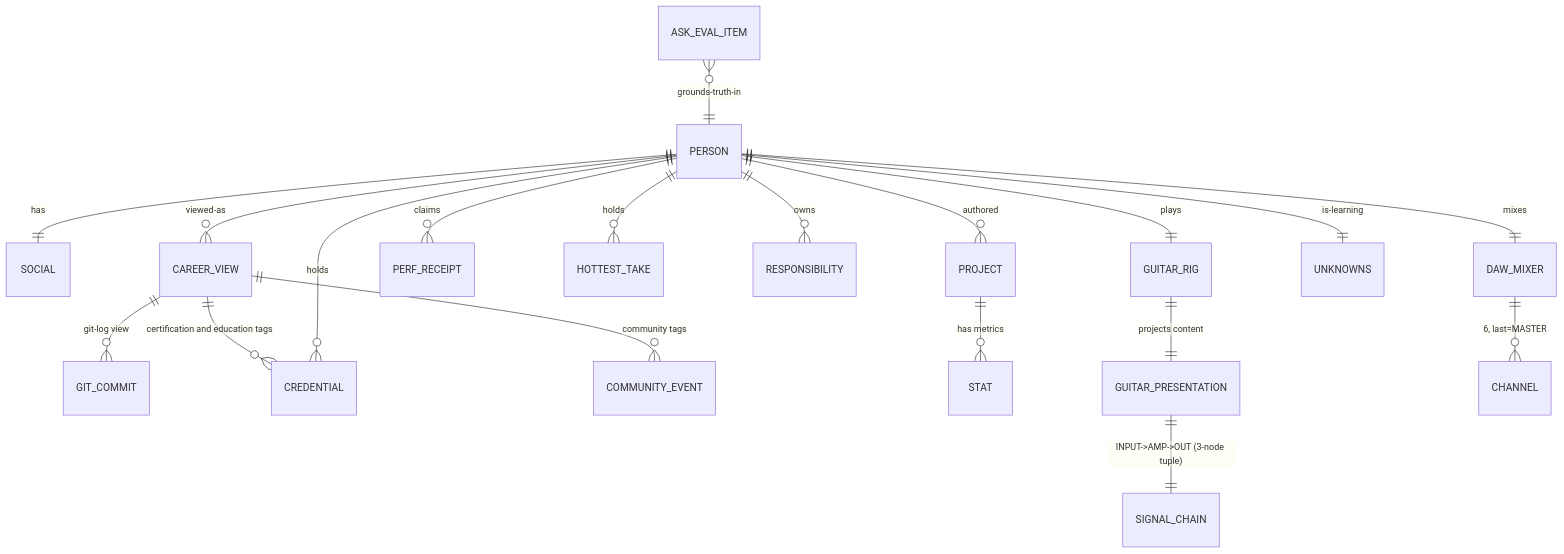
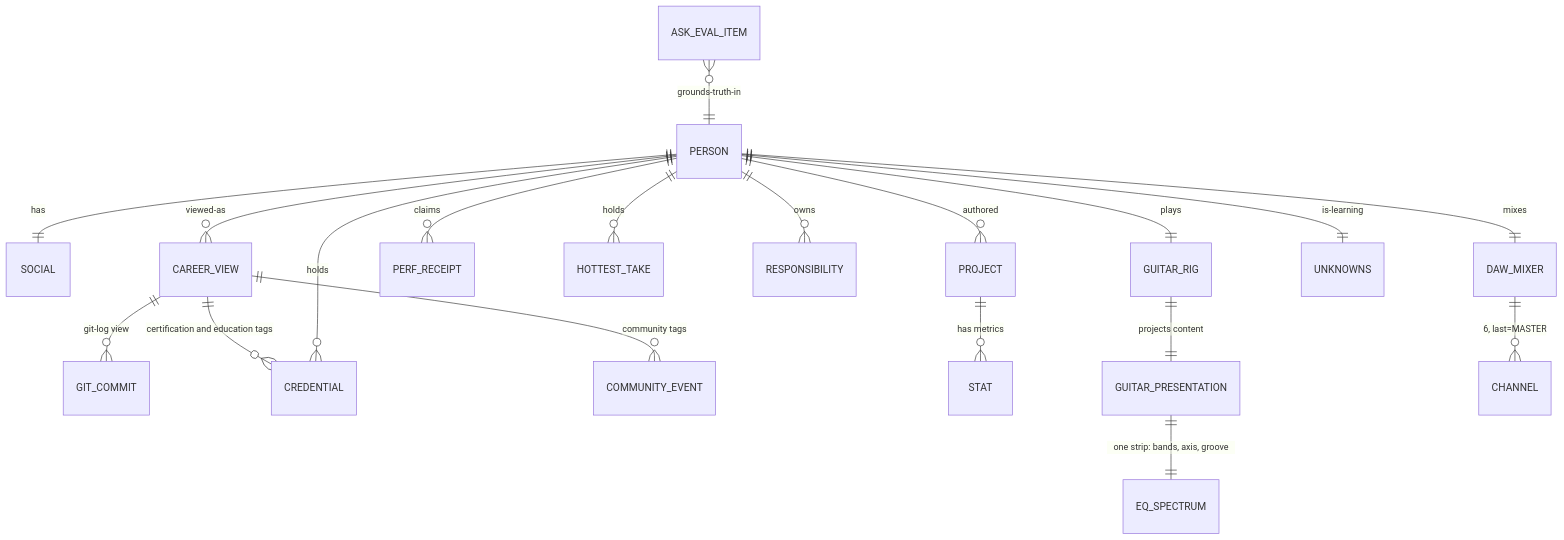
Before and after one commit to erikunha/portfolio: the second of 2 diagrams in docs/02-domain.md, drawn with Mermaid. The commit also changed other lines of this file and 19 other files, not shown here.

First line of the commit message:
feat(guitar): replace the signal chain cards with an EQ spectrum strip

````diff
--- a/docs/02-domain.md
+++ b/docs/02-domain.md
@@ -80,21 +80,21 @@
 ```mermaid
 erDiagram
     PERSON ||--|| SOCIAL : has
     PERSON ||--o{ CAREER_VIEW : "viewed-as"
     CAREER_VIEW ||--o{ GIT_COMMIT : "git-log view"
     CAREER_VIEW ||--o{ CREDENTIAL : "certification and education tags"
     CAREER_VIEW ||--o{ COMMUNITY_EVENT : "community tags"
     PERSON ||--o{ PROJECT : authored
     PROJECT ||--o{ STAT : "has metrics"
     PERSON ||--o{ PERF_RECEIPT : claims
     PERSON ||--o{ HOTTEST_TAKE : holds
     PERSON ||--o{ RESPONSIBILITY : owns
     PERSON ||--o{ CREDENTIAL : holds
     PERSON ||--|| GUITAR_RIG : plays
     GUITAR_RIG ||--|| GUITAR_PRESENTATION : "projects content"
-    GUITAR_PRESENTATION ||--|| SIGNAL_CHAIN : "INPUT->AMP->OUT (3-node tuple)"
+    GUITAR_PRESENTATION ||--|| EQ_SPECTRUM : "one strip: bands, axis, groove"
     PERSON ||--|| DAW_MIXER : mixes
     DAW_MIXER ||--o{ CHANNEL : "6, last=MASTER"
     PERSON ||--|| UNKNOWNS : "is-learning"
     ASK_EVAL_ITEM }o--|| PERSON : "grounds-truth-in"
 ```
````
